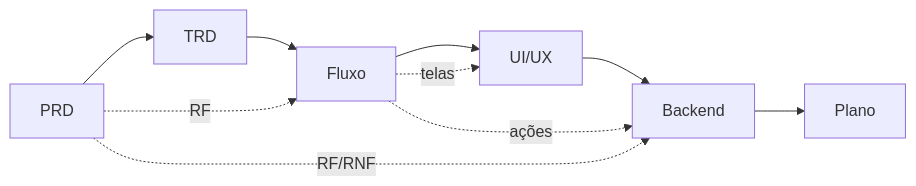
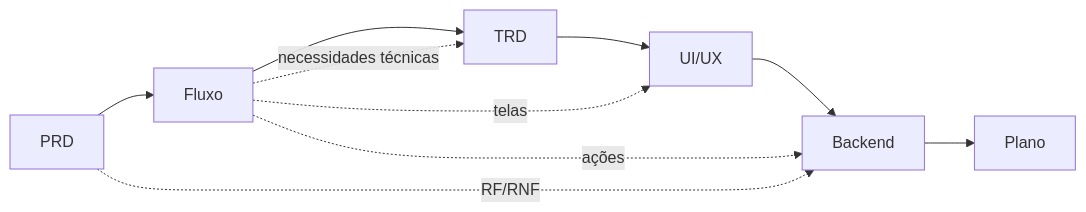
The diagram in murilo/engenharia/fluxo-de-construcao-de-projetos.md (itsmurilodev/tool-vault), drawn with Mermaid before and after one commit. The commit also changed other lines of this file and 11 other files, not shown here.

````diff
--- a/murilo/engenharia/fluxo-de-construcao-de-projetos.md
+++ b/murilo/engenharia/fluxo-de-construcao-de-projetos.md
@@ -34,8 +34,8 @@
 ```mermaid
 flowchart LR
-  PRD --> TRD --> Fluxo --> UI[UI/UX] --> Backend --> Plano
-  PRD -.RF.-> Fluxo
+  PRD --> Fluxo --> TRD --> UI[UI/UX] --> Backend --> Plano
+  Fluxo -.necessidades técnicas.-> TRD
   PRD -.RF/RNF.-> Backend
   Fluxo -.telas.-> UI
   Fluxo -.ações.-> Backend
 ```
````
